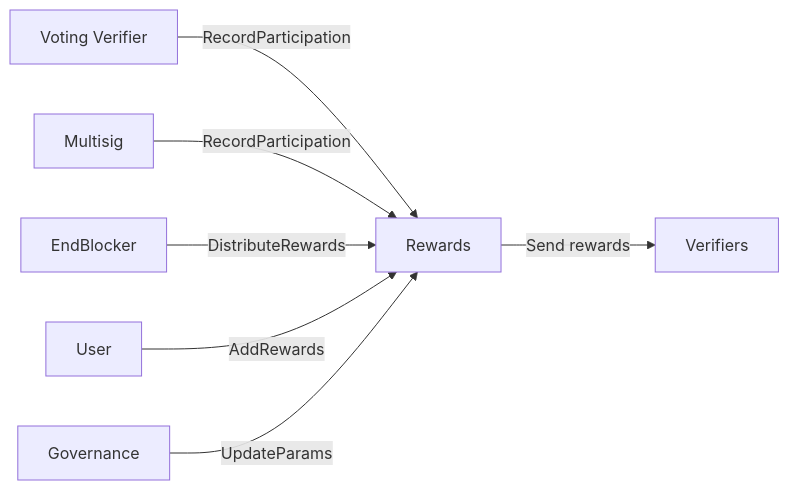
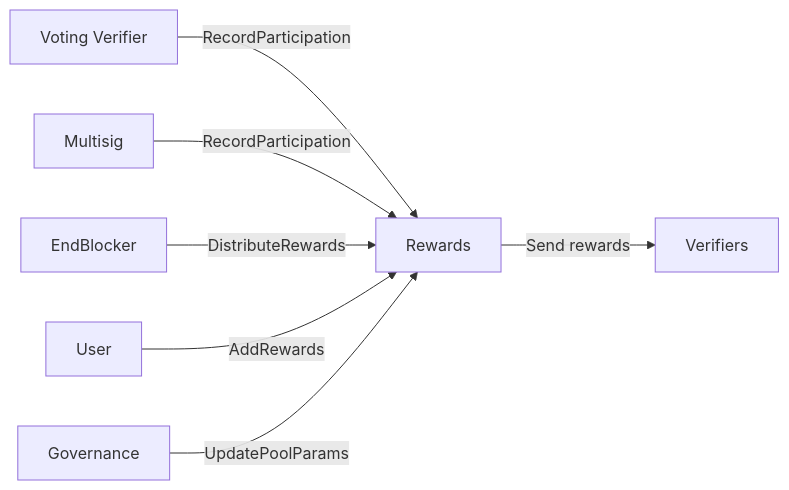
Before and after one commit to axelarnetwork/axelar-amplifier: the first of 3 diagrams in doc/src/contracts/rewards.md, drawn with Mermaid. The commit also changed 6 other files, not shown here.

````diff
--- a/doc/src/contracts/rewards.md
+++ b/doc/src/contracts/rewards.md
@@ -3,17 +3,17 @@
 ```mermaid
 graph LR
 V[Voting Verifier]
 M[Multisig]
 R[Rewards]
 E[EndBlocker]
 U[User]
 W[Verifiers]
 G[Governance]
 
 V--RecordParticipation-->R
 M--RecordParticipation-->R
 E--DistributeRewards-->R
 U--AddRewards-->R
-G--UpdateParams-->R
+G--UpdatePoolParams-->R
 R--Send rewards-->W
 ```
````
